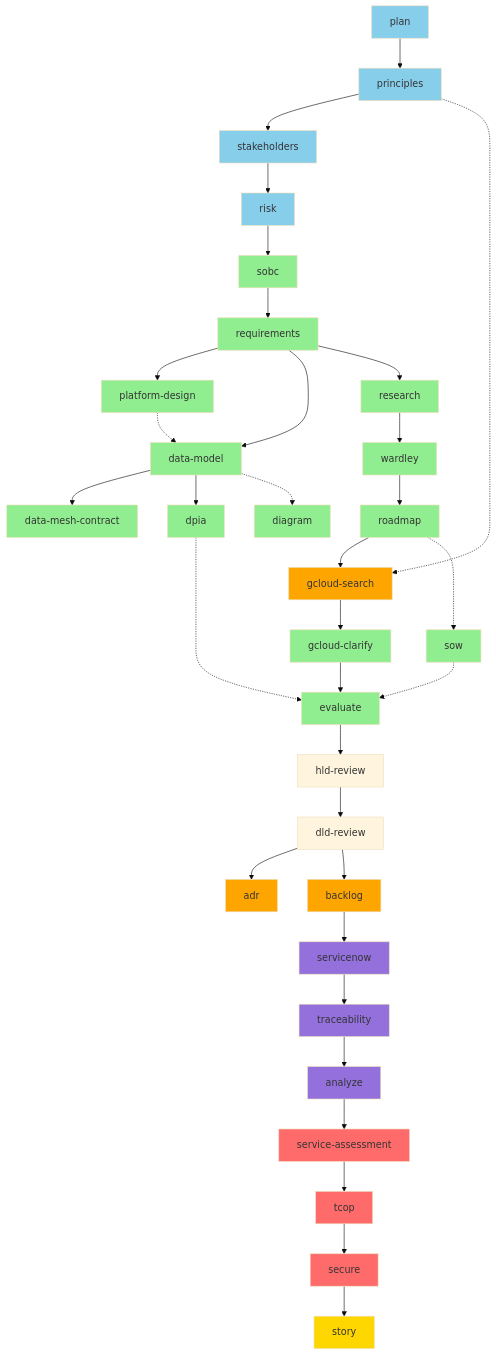
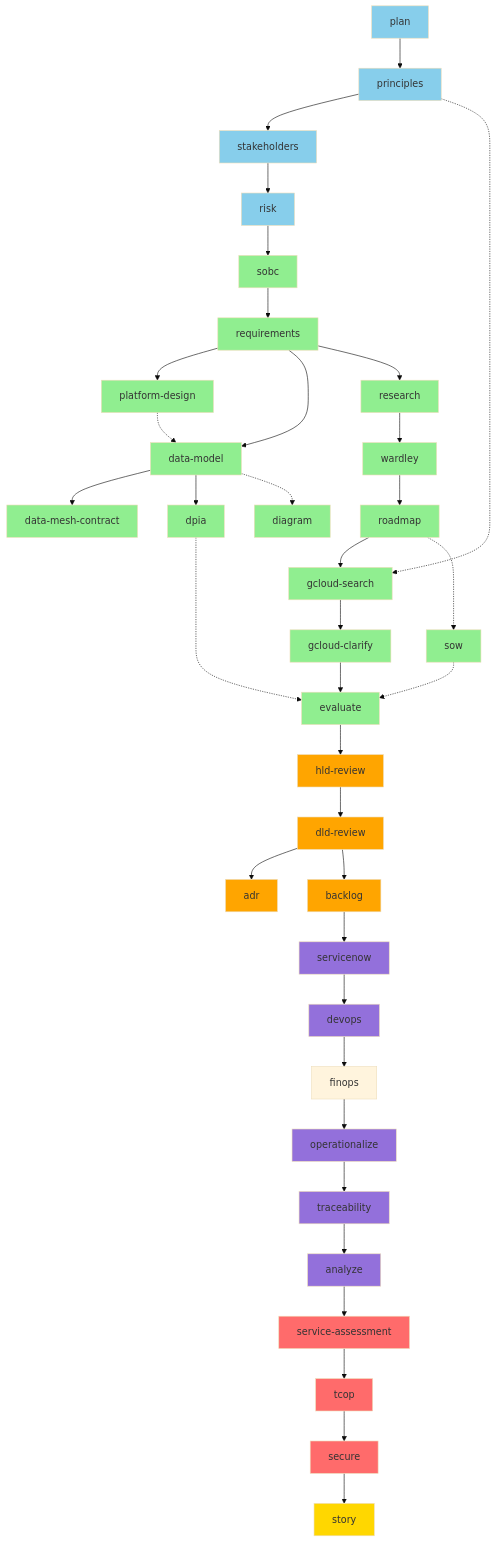
One commit to tractorjuice/arckit-test-project-v8-ons-data-platform changed the second of 9 diagrams in WORKFLOW-DIAGRAMS.md. Above: the diagram before and after it, drawn with Mermaid (base theme). The commit also changed other lines of this file and 5 other files, not shown here.

```diff
--- a/WORKFLOW-DIAGRAMS.md
+++ b/WORKFLOW-DIAGRAMS.md
@@ -138,7 +143,10 @@
 
     %% Tier 8-9: Operations & Quality
     U --> W[servicenow]
-    W --> X[traceability]
+    W --> W1[devops]
+    W1 --> W1a[finops]
+    W1a --> W2[operationalize]
+    W2 --> X[traceability]
     X --> Y[analyze]
 
     %% Tier 10: UK Gov Compliance
@@ -166,11 +174,14 @@
     style O fill:#90EE90
     style P fill:#90EE90
     style Q fill:#90EE90
-    style N fill:#FFA500
+    style R fill:#FFA500
+    style S fill:#FFA500
     style T fill:#FFA500
     style U fill:#FFA500
     style V fill:#90EE90
     style W fill:#9370DB
+    style W1 fill:#9370DB
+    style W2 fill:#9370DB
     style X fill:#9370DB
     style Y fill:#9370DB
     style Z fill:#FF6B6B
```
